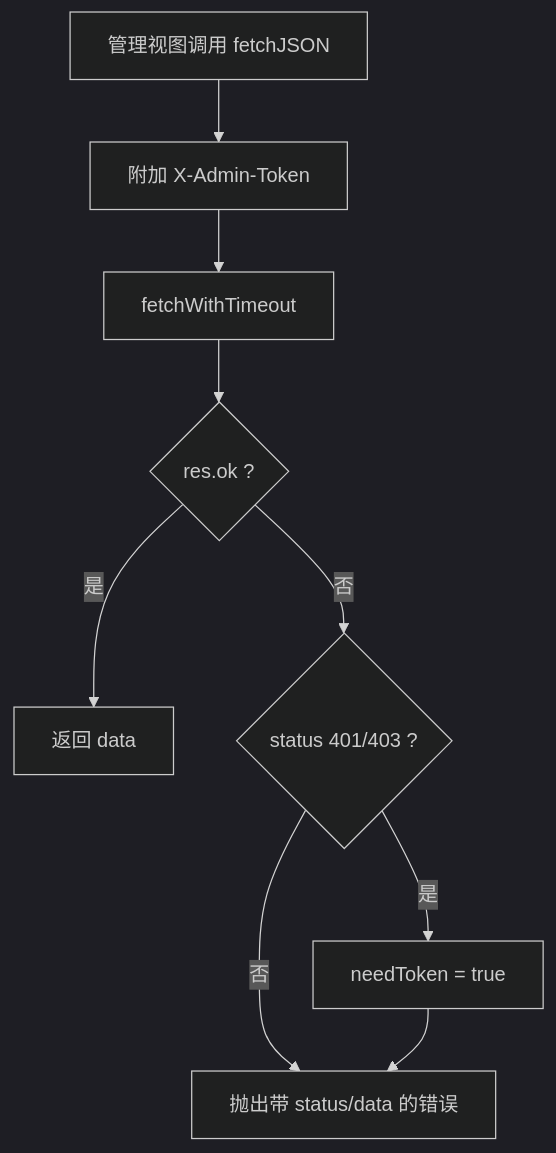
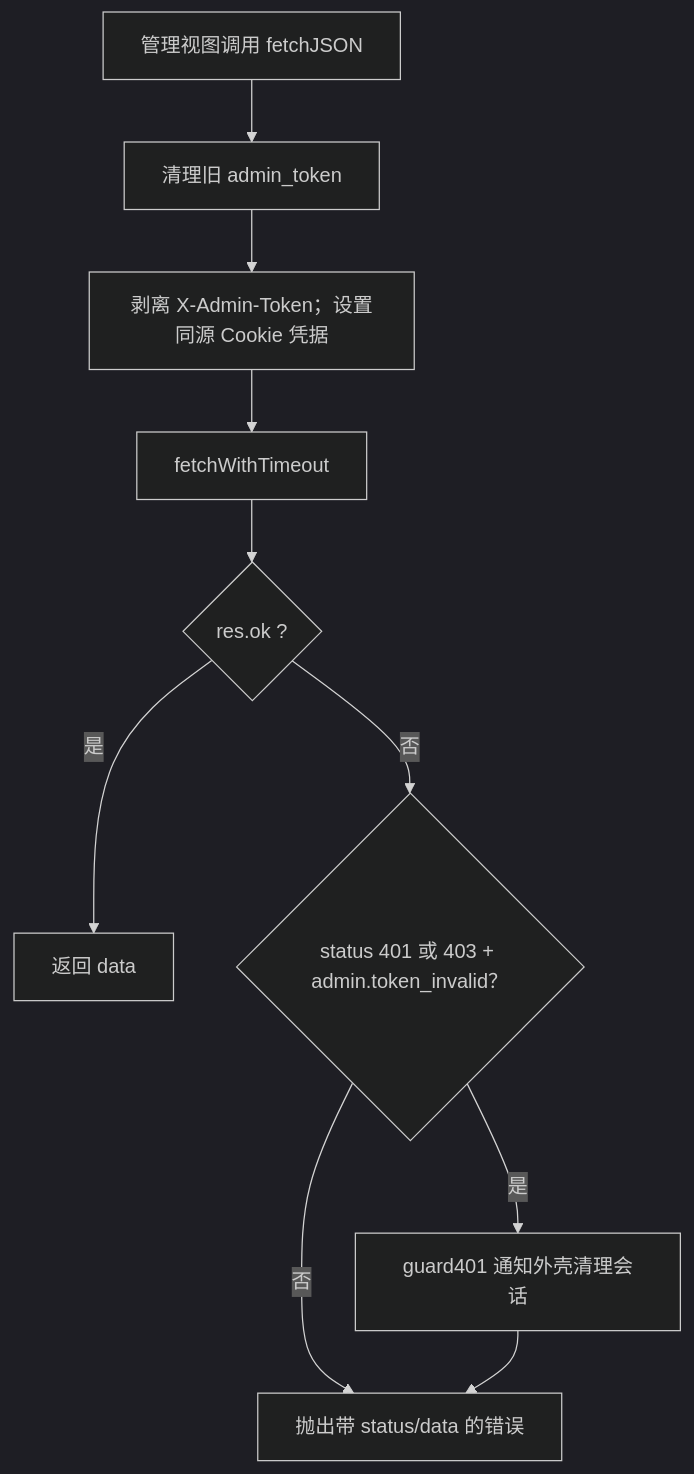
One commit to YimingZhanshen/skin-nexus changed the tenth of 16 diagrams in docs/handbook/前端架构.md. Above: the diagram before and after it, drawn with Mermaid (dark theme). The commit also changed other lines of this file and 24 other files, not shown here.

````diff
--- a/docs/handbook/前端架构.md
+++ b/docs/handbook/前端架构.md
@@ -374,11 +376,12 @@
 ```mermaid
 flowchart TD
-    Call["管理视图调用 fetchJSON"] --> Headers["附加 X-Admin-Token"]
+    Call["管理视图调用 fetchJSON"] --> Clean["清理旧 admin_token"]
+    Clean --> Headers["剥离 X-Admin-Token；设置同源 Cookie 凭据"]
     Headers --> Fetch["fetchWithTimeout"]
     Fetch --> Ok{"res.ok ?"}
     Ok -->|是| Return["返回 data"]
-    Ok -->|否| AuthCheck{"status 401/403 ?"}
-    AuthCheck -->|是| NeedToken["needToken = true"]
+    Ok -->|否| AuthCheck{"status 401 或 403 + admin.token_invalid？"}
+    AuthCheck -->|是| Notify["guard401 通知外壳清理会话"]
     AuthCheck -->|否| Throw["抛出带 status/data 的错误"]
-    NeedToken --> Throw
+    Notify --> Throw
 ```
````
